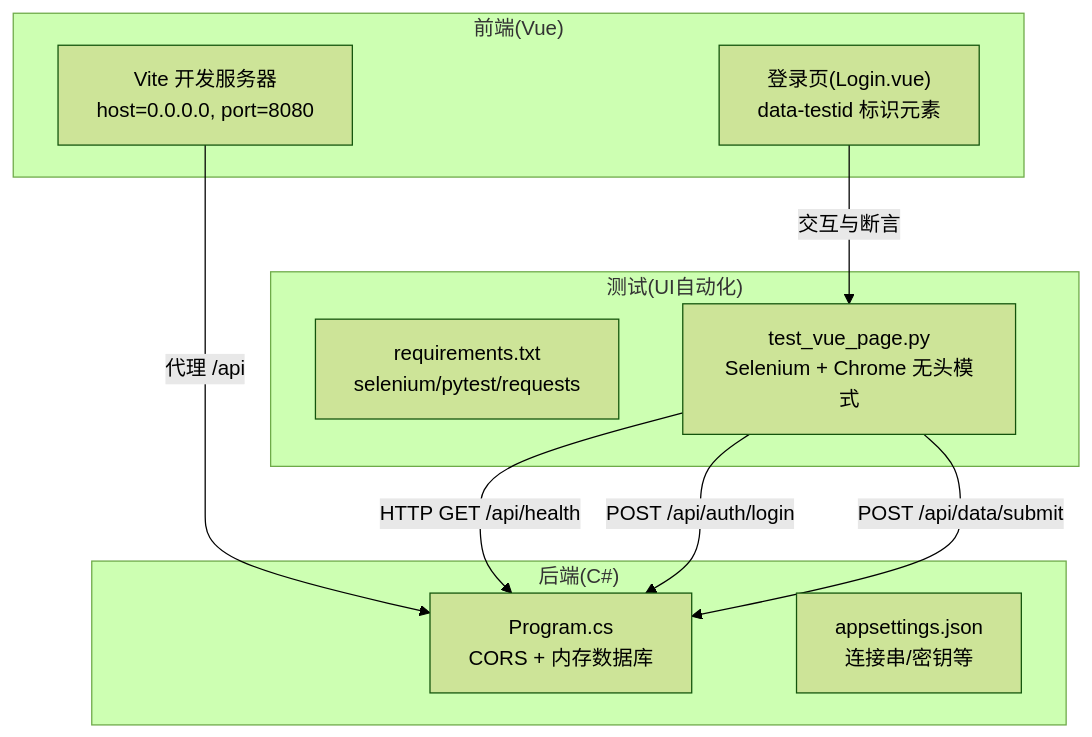
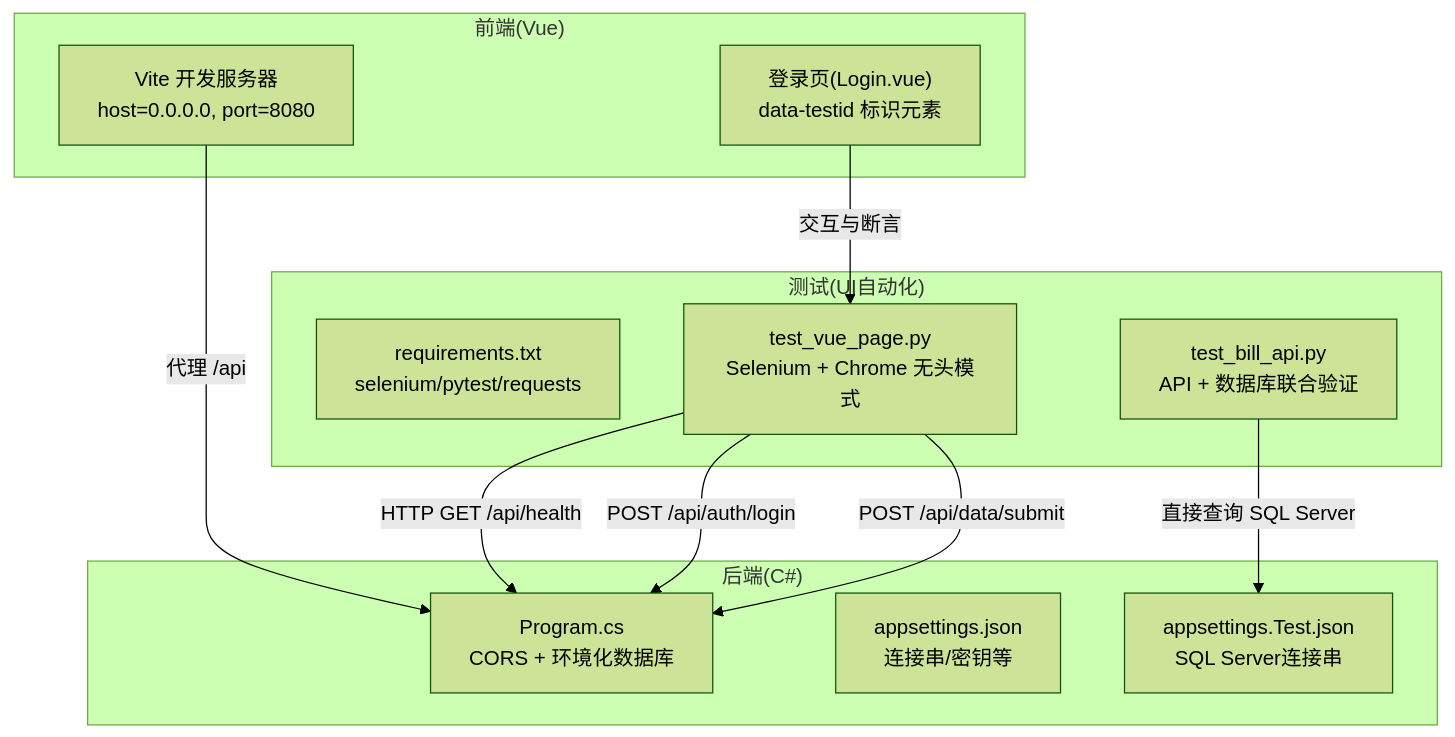
The first of 6 diagrams in .qoder/repowiki/zh/content/UI自动化测试体系/测试环境配置.md (WaHaiLong/AgentProject), drawn with Mermaid (forest theme) before and after one commit. The commit also changed other lines of this file and 5 other files, not shown here.

````diff
--- a/.qoder/repowiki/zh/content/UI自动化测试体系/测试环境配置.md
+++ b/.qoder/repowiki/zh/content/UI自动化测试体系/测试环境配置.md
@@ -35,20 +44,23 @@
 ```mermaid
 graph TB
 subgraph "前端(Vue)"
 FE_Vite["Vite 开发服务器<br/>host=0.0.0.0, port=8080"]
 FE_Login["登录页(Login.vue)<br/>data-testid 标识元素"]
 end
 subgraph "后端(C#)"
-BE_Program["Program.cs<br/>CORS + 内存数据库"]
+BE_Program["Program.cs<br/>CORS + 环境化数据库"]
 BE_AppSettings["appsettings.json<br/>连接串/密钥等"]
+BE_AppSettingsTest["appsettings.Test.json<br/>SQL Server连接串"]
 end
 subgraph "测试(UI自动化)"
 UT_Req["requirements.txt<br/>selenium/pytest/requests"]
 UT_Test["test_vue_page.py<br/>Selenium + Chrome 无头模式"]
+UT_Bill["test_bill_api.py<br/>API + 数据库联合验证"]
 end
 FE_Vite --> |"代理 /api"| BE_Program
 FE_Login --> |"交互与断言"| UT_Test
 UT_Test --> |"HTTP GET /api/health"| BE_Program
 UT_Test --> |"POST /api/auth/login"| BE_Program
 UT_Test --> |"POST /api/data/submit"| BE_Program
+UT_Bill --> |"直接查询 SQL Server"| BE_AppSettingsTest
 ```
````
